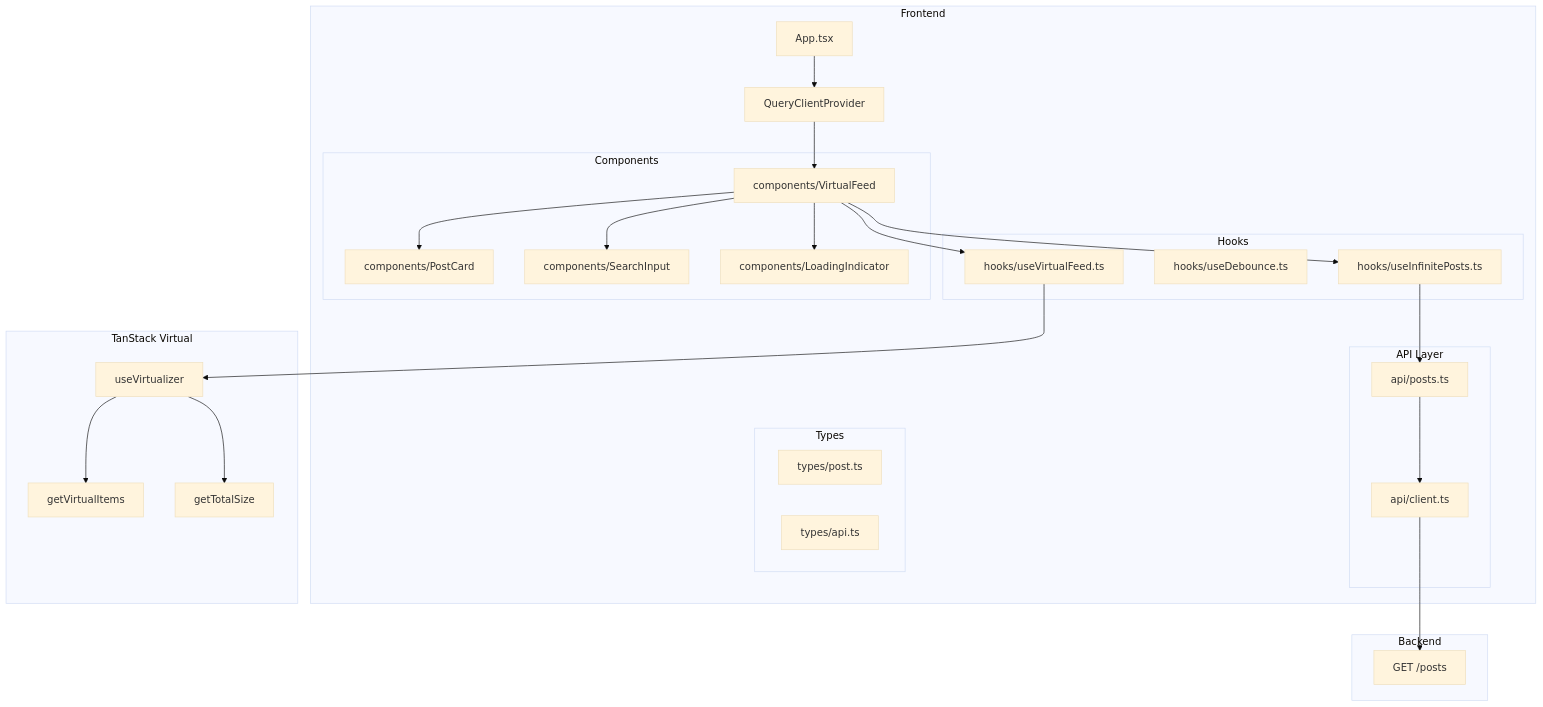
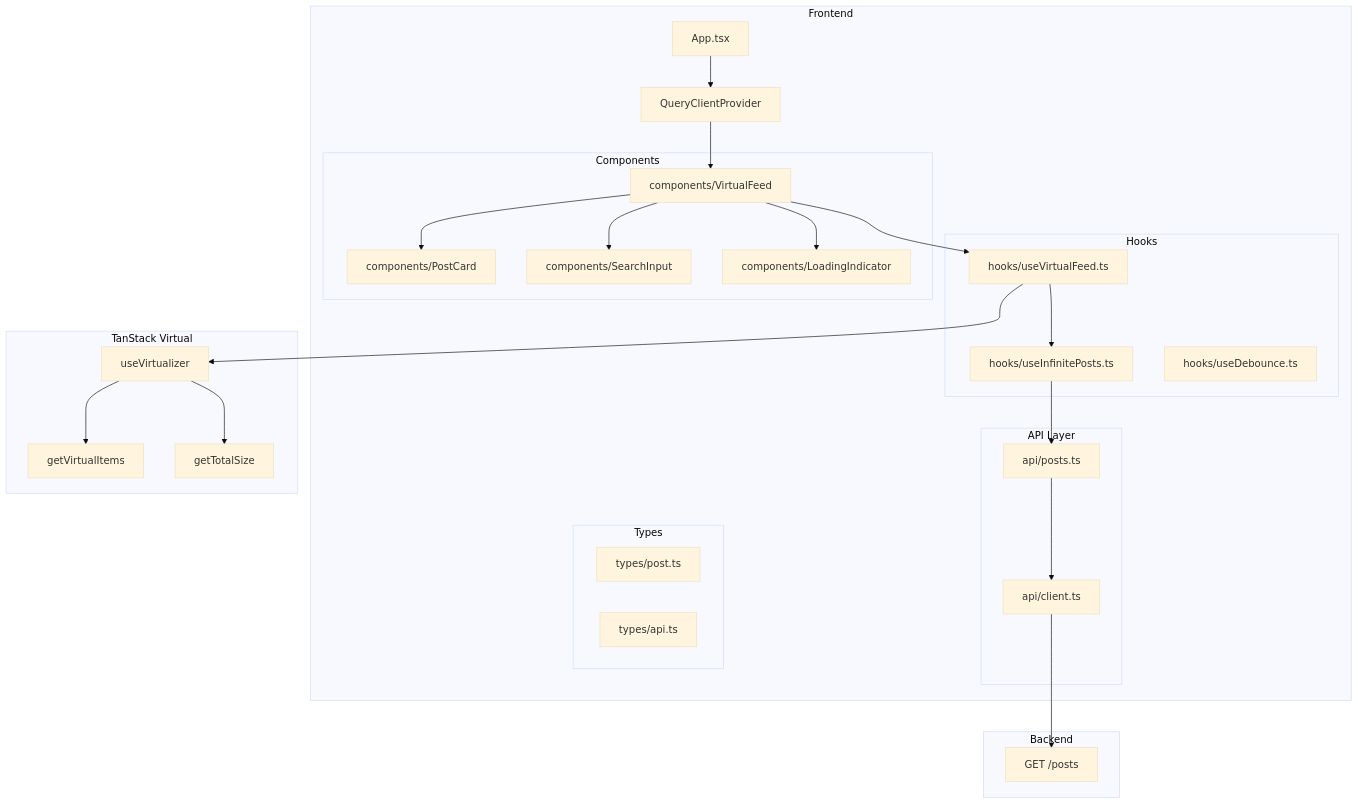
One commit to azakharo/news-feed changed the first of 2 diagrams in doc/plans/phase3-detailed-plan.md. Above: the diagram before and after it, drawn with Mermaid (base theme). The commit also changed other lines of this file, not shown here.

````diff
--- a/doc/plans/phase3-detailed-plan.md
+++ b/doc/plans/phase3-detailed-plan.md
@@ -22,54 +22,54 @@
 ```mermaid
 graph TB
     subgraph Frontend
         App[App.tsx]
         QueryProvider[QueryClientProvider]
 
         subgraph API Layer
             Client[api/client.ts]
             PostsAPI[api/posts.ts]
         end
 
         subgraph Types
             Post[types/post.ts]
             API[types/api.ts]
         end
 
         subgraph Hooks
             UseInfinitePosts[hooks/useInfinitePosts.ts]
             UseDebounce[hooks/useDebounce.ts]
             UseVirtualFeed[hooks/useVirtualFeed.ts]
         end
 
         subgraph Components
             VirtualFeed[components/VirtualFeed]
             PostCard[components/PostCard]
             SearchInput[components/SearchInput]
             LoadingIndicator[components/LoadingIndicator]
         end
     end
 
     subgraph TanStack Virtual
         Virtualizer[useVirtualizer]
         VirtualItems[getVirtualItems]
         TotalSize[getTotalSize]
     end
 
     subgraph Backend
         APIEndpoint[GET /posts]
     end
 
     App --> QueryProvider
     QueryProvider --> VirtualFeed
     VirtualFeed --> UseVirtualFeed
     UseVirtualFeed --> Virtualizer
-    VirtualFeed --> UseInfinitePosts
+    UseVirtualFeed --> UseInfinitePosts
     UseInfinitePosts --> PostsAPI
     PostsAPI --> Client
     Client --> APIEndpoint
     VirtualFeed --> PostCard
     VirtualFeed --> SearchInput
     VirtualFeed --> LoadingIndicator
     Virtualizer --> VirtualItems
     Virtualizer --> TotalSize
 ```
````
